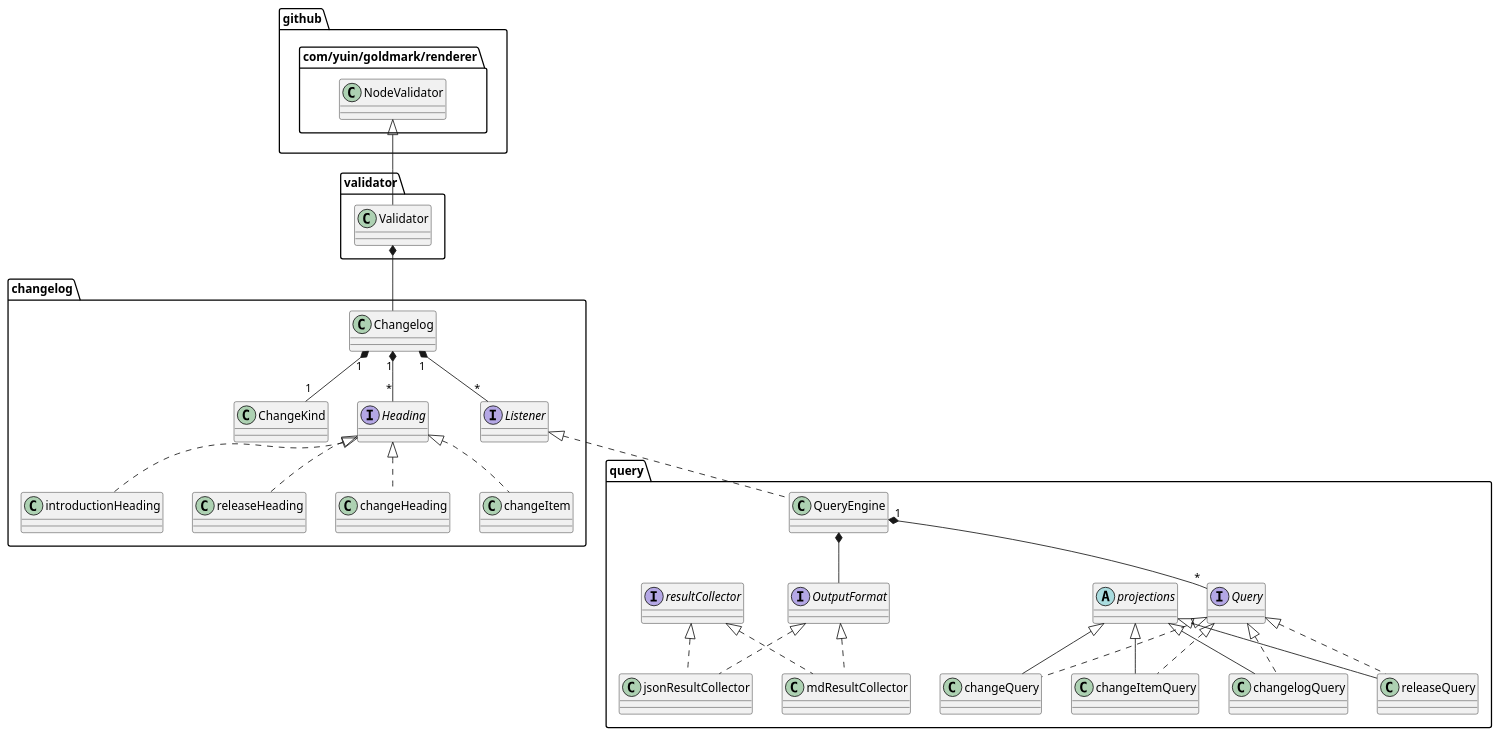
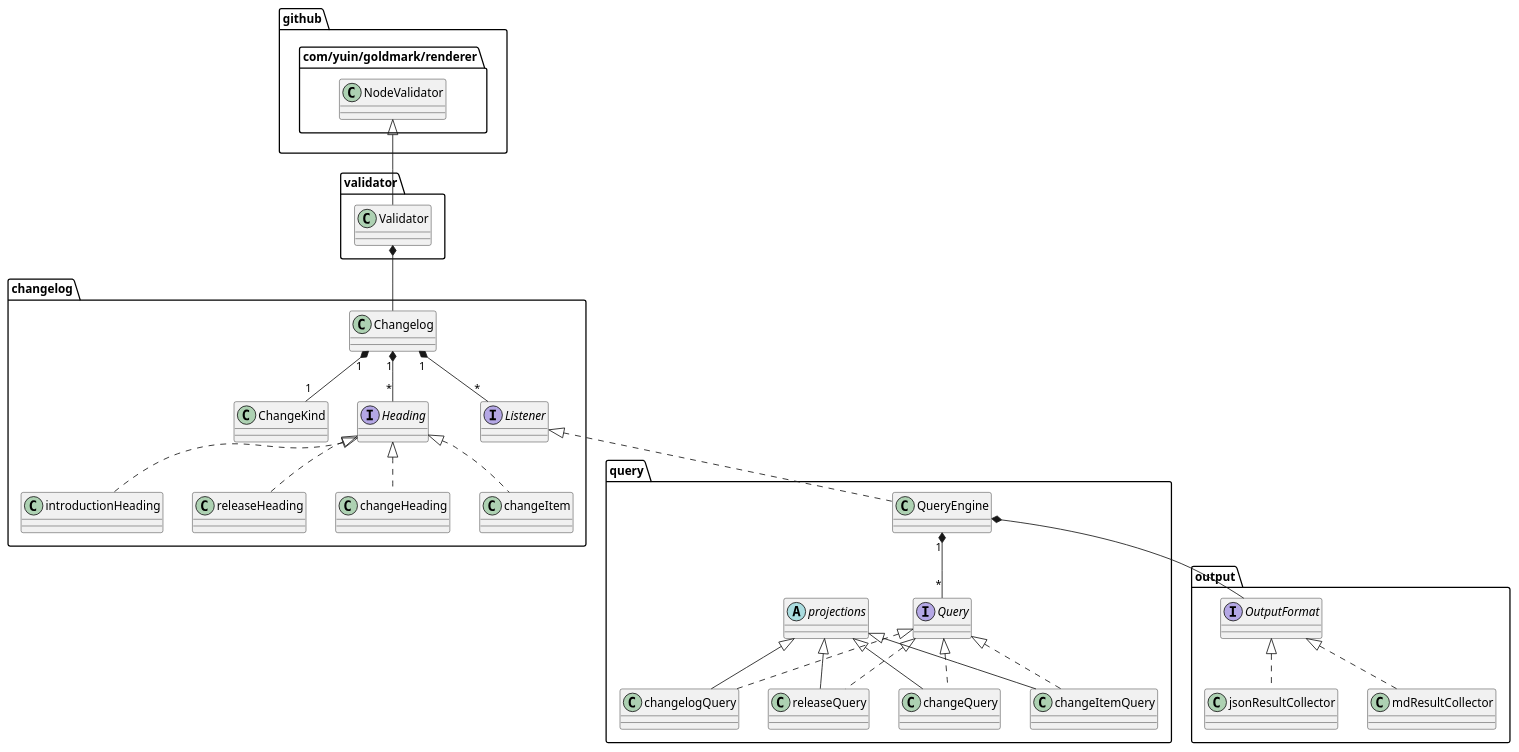
One commit to denisa/clq changed the diagram in docs/class_diagram.puml. Above: the diagram before and after it, drawn with PlantUML. The commit also changed 21 other files, not shown here.

Commit message:
94: extract the `output` package, merge ResultCollector, which was used as an internal interface into OutputFormat

```diff
--- a/docs/class_diagram.puml
+++ b/docs/class_diagram.puml
@@ -1,32 +1,29 @@
 @startuml
 "github.com/yuin/goldmark/renderer.NodeValidator" <|-- validator.Validator
 validator.Validator *-- changelog.Changelog
 changelog.Changelog "1" *-- "1" changelog.ChangeKind
 changelog.Changelog "1" *-- "*" changelog.Heading
 changelog.Changelog "1" *-- "*" changelog.Listener
 changelog.Heading <|.. changelog.changeHeading
 changelog.Heading <|.. changelog.changeItem
 changelog.Heading <|.. changelog.introductionHeading
 changelog.Heading <|.. changelog.releaseHeading
 changelog.Listener <|.. query.QueryEngine
 interface changelog.Heading
 interface changelog.Listener
-query.QueryEngine *-- query.OutputFormat
+query.QueryEngine *-- output.OutputFormat
 query.QueryEngine "1" *-- "*" query.Query
 query.Query <|.. query.changelogQuery
 query.Query <|.. query.releaseQuery
 query.Query <|.. query.changeQuery
 query.Query <|.. query.changeItemQuery
 query.projections <|-- query.changelogQuery
 query.projections <|-- query.releaseQuery
 query.projections <|-- query.changeQuery
 query.projections <|-- query.changeItemQuery
-query.OutputFormat <|.. query.jsonResultCollector
-query.OutputFormat <|.. query.mdResultCollector
-query.resultCollector <|.. query.jsonResultCollector
-query.resultCollector <|.. query.mdResultCollector
-interface query.OutputFormat
 abstract query.projections
 interface query.Query
-interface query.resultCollector
+output.OutputFormat <|.. output.jsonResultCollector
+output.OutputFormat <|.. output.mdResultCollector
+interface output.OutputFormat
 @enduml
```
